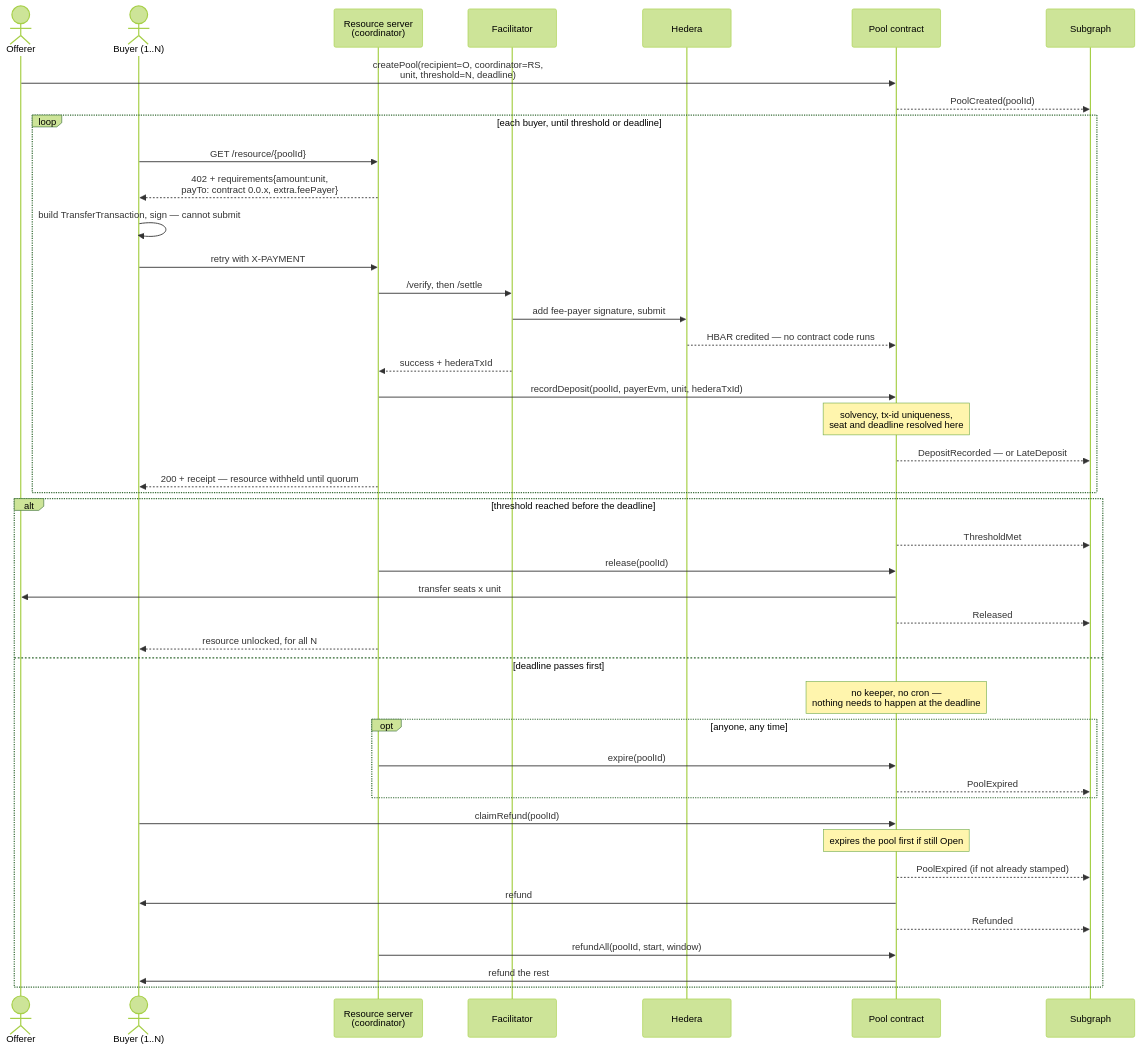
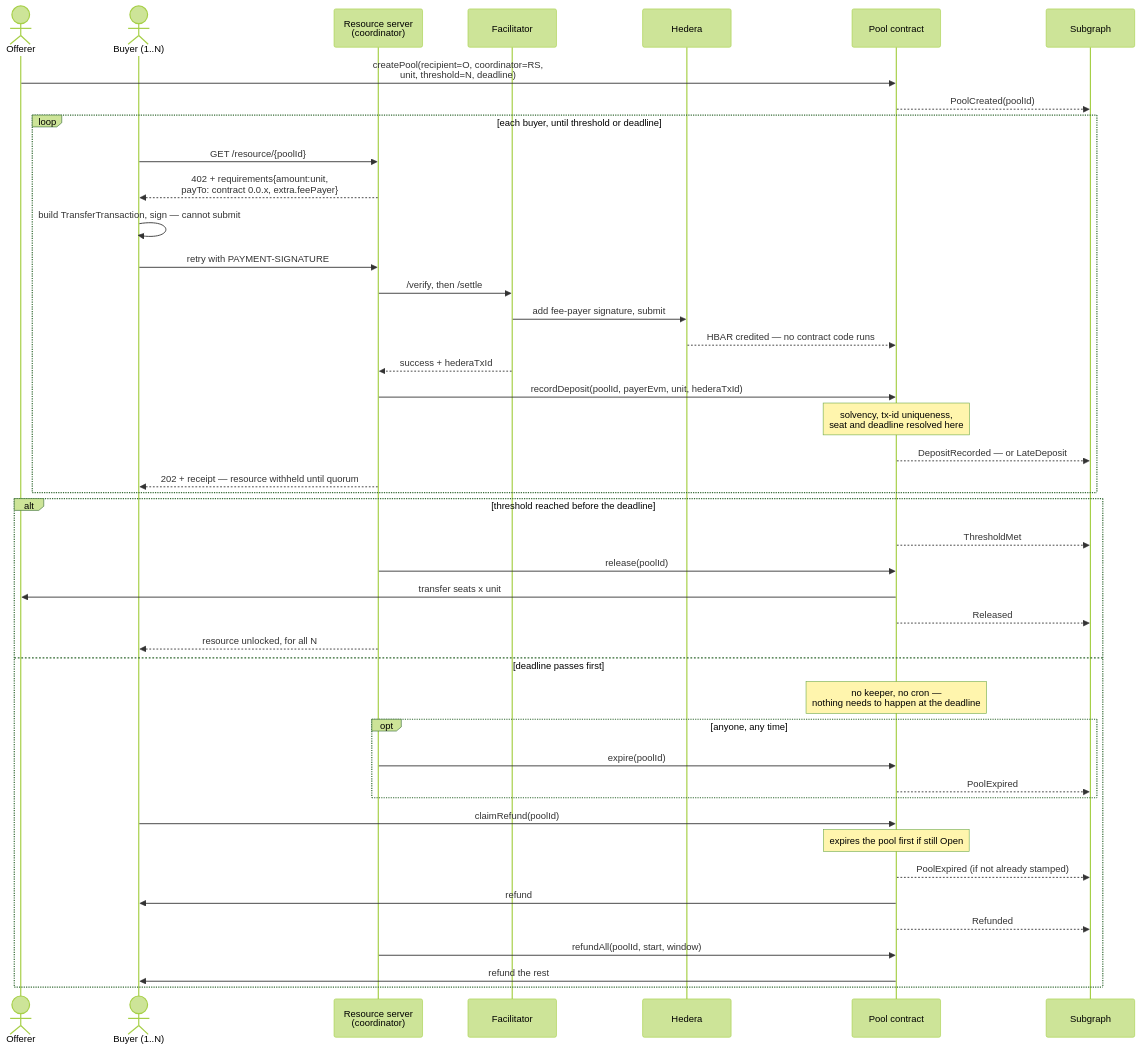
Before and after one commit to lxfoundry/quorum402: the diagram in specs/pool-contract.md, drawn with Mermaid (forest theme).

Commit message:
docs(spec): correct the flow diagram to the v2 transport
Two errors found by reading `specs/transports-v2/http.md` rather than
recalling it. The payment header in x402 v2 is PAYMENT-SIGNATURE, not the
v1 X-PAYMENT the diagram carried. And a settled payment that does not
deliver the resource is a 202, not a 200 - the transport's own mapping
gives 200 as "payment verified and settled successfully", which here would
claim a delivery that has not happened.

````diff
--- a/specs/pool-contract.md
+++ b/specs/pool-contract.md
@@ -283,49 +283,49 @@
 ```mermaid
 sequenceDiagram
     actor O as Offerer
     actor B as Buyer (1..N)
     participant RS as Resource server<br/>(coordinator)
     participant F as Facilitator
     participant H as Hedera
     participant P as Pool contract
     participant G as Subgraph
 
     O->>P: createPool(recipient=O, coordinator=RS,<br/>unit, threshold=N, deadline)
     P-->>G: PoolCreated(poolId)
 
     loop each buyer, until threshold or deadline
         B->>RS: GET /resource/{poolId}
         RS-->>B: 402 + requirements{amount:unit,<br/>payTo: contract 0.0.x, extra.feePayer}
         B->>B: build TransferTransaction, sign — cannot submit
-        B->>RS: retry with X-PAYMENT
+        B->>RS: retry with PAYMENT-SIGNATURE
         RS->>F: /verify, then /settle
         F->>H: add fee-payer signature, submit
         H-->>P: HBAR credited — no contract code runs
         F-->>RS: success + hederaTxId
         RS->>P: recordDeposit(poolId, payerEvm, unit, hederaTxId)
         Note over P: solvency, tx-id uniqueness,<br/>seat and deadline resolved here
         P-->>G: DepositRecorded — or LateDeposit
-        RS-->>B: 200 + receipt — resource withheld until quorum
+        RS-->>B: 202 + receipt — resource withheld until quorum
     end
 
     alt threshold reached before the deadline
         P-->>G: ThresholdMet
         RS->>P: release(poolId)
         P->>O: transfer seats x unit
         P-->>G: Released
         RS-->>B: resource unlocked, for all N
     else deadline passes first
         Note over P: no keeper, no cron —<br/>nothing needs to happen at the deadline
         opt anyone, any time
             RS->>P: expire(poolId)
             P-->>G: PoolExpired
         end
         B->>P: claimRefund(poolId)
         Note over P: expires the pool first if still Open
         P-->>G: PoolExpired (if not already stamped)
         P->>B: refund
         P-->>G: Refunded
         RS->>P: refundAll(poolId, start, window)
         P->>B: refund the rest
     end
 ```
````
